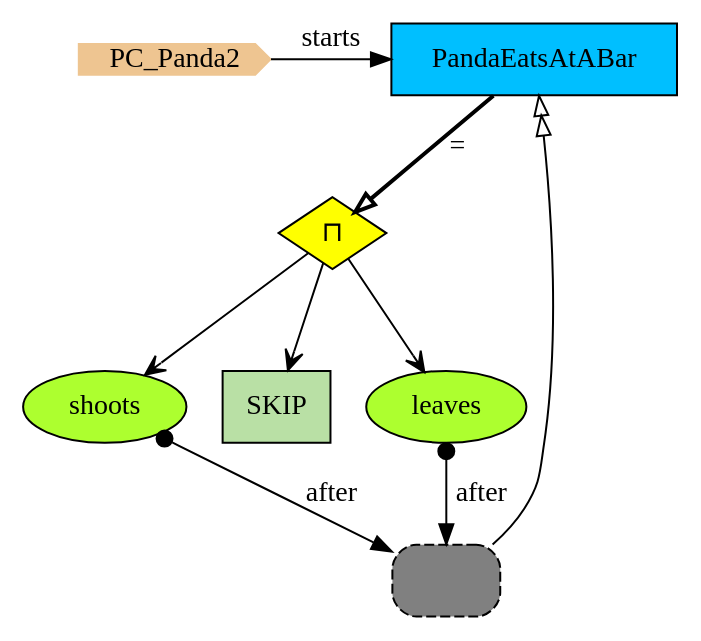
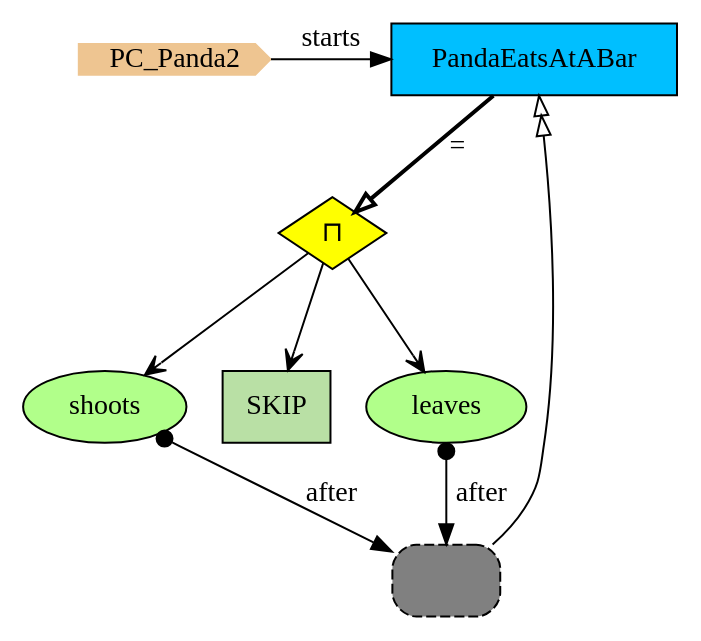
Before and after one commit to namalio/Fragmenta: the diagram in Haskell/PCs/Examples/img/PC_Panda2.gv, drawn with Graphviz. The commit also changed 70 other files, not shown here.

```diff
--- a/Haskell/PCs/Examples/img/PC_Panda2.gv
+++ b/Haskell/PCs/Examples/img/PC_Panda2.gv
@@ -1,22 +1,22 @@
 digraph {
 
 StartN_ [shape = cds,color=burlywood2,style=filled,height=.2,width=.2, label =PC_Panda2];
 
 PandaEatsAtABar [shape=box,fillcolor=deepskyblue,style = filled,label="PandaEatsAtABar"];
-shoots [shape=ellipse,fillcolor=greenyellow,style=filled,label="shoots"];
+shoots [shape=ellipse,fillcolor="#B1FF8A",style=filled,label="shoots"];
 Skip27045ea [shape=box,fillcolor="#B9E0A5",style = filled,label="SKIP"];
 RefPandaEatsAtABar6caca8ed [shape=rectangle,fillcolor=gray,style="rounded,filled,dashed",label=""];
-leaves [shape=ellipse,fillcolor=greenyellow,style=filled,label="leaves"];
+leaves [shape=ellipse,fillcolor="#B1FF8A",style=filled,label="leaves"];
 Op19ceff86 [shape=diamond,fillcolor=yellow,style=filled,label="⊓"];
 
 {rank=same;PandaEatsAtABar,StartN_}
 
 RefPandaEatsAtABar6caca8ed->PandaEatsAtABar[arrowhead="normalnormal",fillcolor=white,label=" "];
 shoots->RefPandaEatsAtABar6caca8ed[arrowtail=dot,dir=both,label="after"];
 Op19ceff86->leaves[arrowhead="open"];
 Op19ceff86->shoots[arrowhead="open"];
 Op19ceff86->Skip27045ea[arrowhead="open"];
 leaves->RefPandaEatsAtABar6caca8ed[arrowtail=dot,dir=both,label="after"];
 PandaEatsAtABar->Op19ceff86[arrowhead="onormal",penwidth=2,label="="];
 StartN_->PandaEatsAtABar[label="starts"];
 }
```
